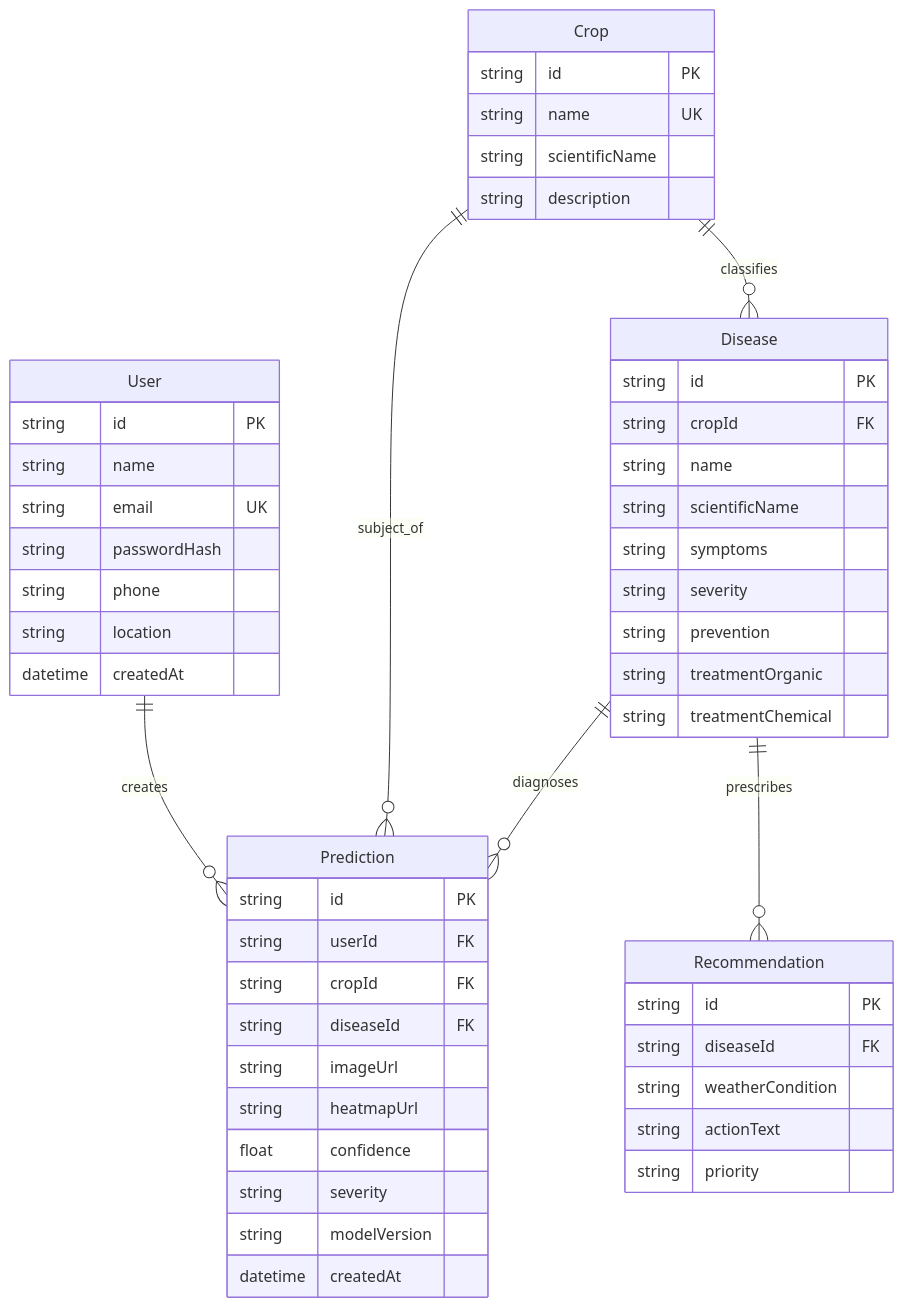
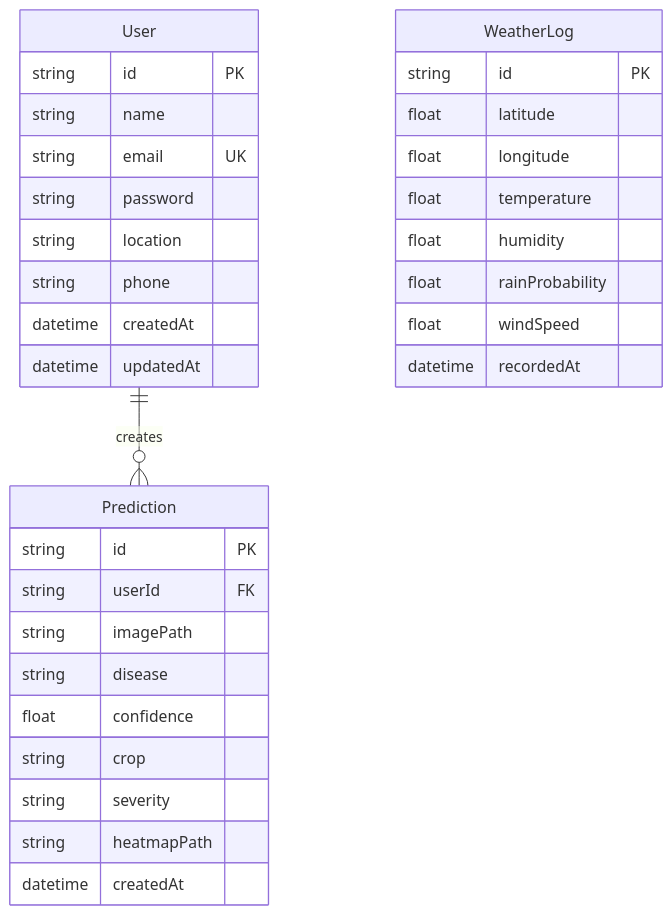
One commit to ShaikhMehrin786/AgriSmart-AI changed the diagram in context.md. Above: the diagram before and after it, drawn with Mermaid. The commit also changed other lines of this file and 4 other files, not shown here.

Commit message:
docs: sync architecture, README, context, and milestones; enhance assistant context relevance

````diff
--- a/context.md
+++ b/context.md
@@ -156,58 +156,38 @@
 ```mermaid
 erDiagram
     User ||--o{ Prediction : creates
-    Crop ||--o{ Disease : classifies
-    Crop ||--o{ Prediction : subject_of
-    Disease ||--o{ Prediction : diagnoses
-    Disease ||--o{ Recommendation : prescribes
 
     User {
         string id PK
         string name
         string email UK
-        string passwordHash
+        string password
+        string location
         string phone
-        string location
         datetime createdAt
-    }
-
-    Crop {
-        string id PK
-        string name UK
-        string scientificName
-        string description
-    }
-
-    Disease {
-        string id PK
-        string cropId FK
-        string name
-        string scientificName
-        string symptoms
-        string severity
-        string prevention
-        string treatmentOrganic
-        string treatmentChemical
+        datetime updatedAt
     }
 
     Prediction {
         string id PK
         string userId FK
-        string cropId FK
-        string diseaseId FK
-        string imageUrl
-        string heatmapUrl
+        string imagePath
+        string disease
         float confidence
+        string crop
         string severity
-        string modelVersion
+        string heatmapPath
         datetime createdAt
     }
 
-    Recommendation {
+    WeatherLog {
         string id PK
-        string diseaseId FK
-        string weatherCondition
-        string actionText
-        string priority
+        float latitude
+        float longitude
+        float temperature
+        float humidity
+        float rainProbability
+        float windSpeed
+        datetime recordedAt
     }
 ```
````
